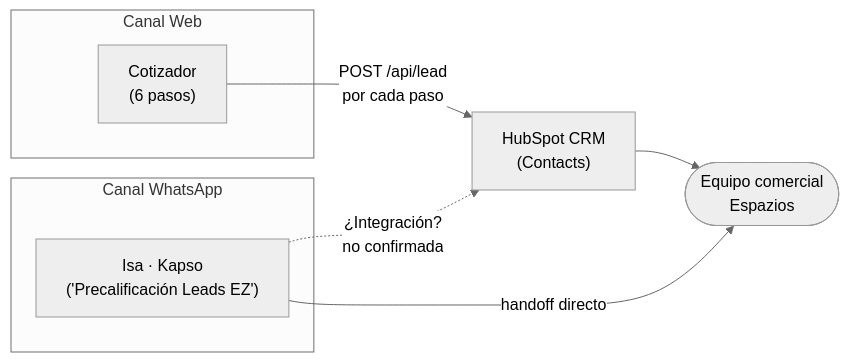
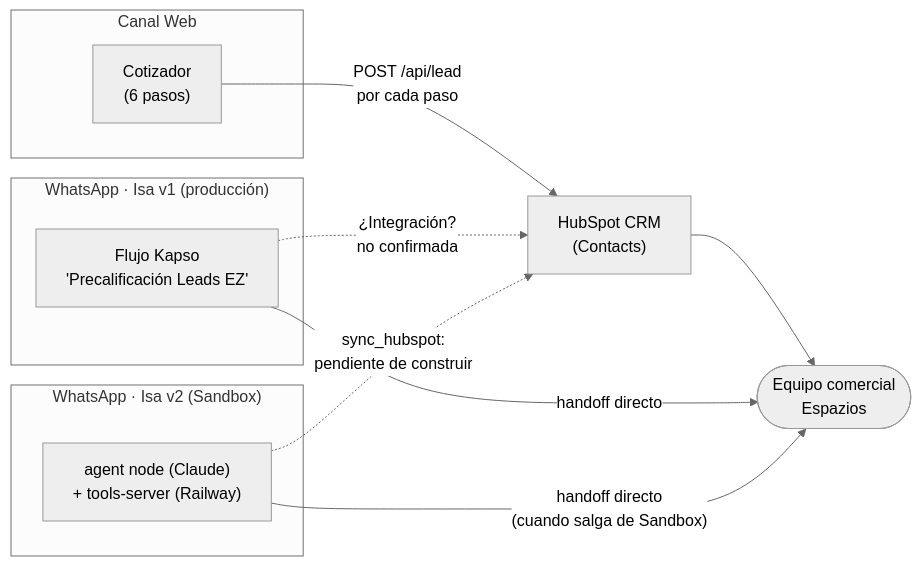
Before and after one commit to espazios/espazios-web: the fourth of 4 diagrams in docs/isa/01-diagramas-funcionales.md, drawn with Mermaid (neutral theme). The commit also changed other lines of this file and 3 other files, not shown here.

First line of the commit message:
docs: amplía el análisis de Isa con el repo espazios-whatsapp-agent (Isa v2)

````diff
--- a/docs/isa/01-diagramas-funcionales.md
+++ b/docs/isa/01-diagramas-funcionales.md
@@ -74,13 +124,18 @@
 ```mermaid
 flowchart LR
     subgraph WEB["Canal Web"]
         W1["Cotizador<br/>(6 pasos)"]
     end
-    subgraph WA["Canal WhatsApp"]
-        WA1["Isa · Kapso<br/>('Precalificación Leads EZ')"]
+    subgraph WA1S["WhatsApp · Isa v1 (producción)"]
+        WA1["Flujo Kapso<br/>'Precalificación Leads EZ'"]
+    end
+    subgraph WA2S["WhatsApp · Isa v2 (Sandbox)"]
+        WA2["agent node (Claude)<br/>+ tools-server (Railway)"]
     end
     W1 -->|"POST /api/lead<br/>por cada paso"| CRM["HubSpot CRM<br/>(Contacts)"]
     WA1 -.->|"¿Integración?<br/>no confirmada"| CRM
+    WA2 -.->|"sync_hubspot:<br/>pendiente de construir"| CRM
     CRM --> SALES(["Equipo comercial<br/>Espazios"])
     WA1 -->|"handoff directo"| SALES
+    WA2 -->|"handoff directo<br/>(cuando salga de Sandbox)"| SALES
 ```
````
